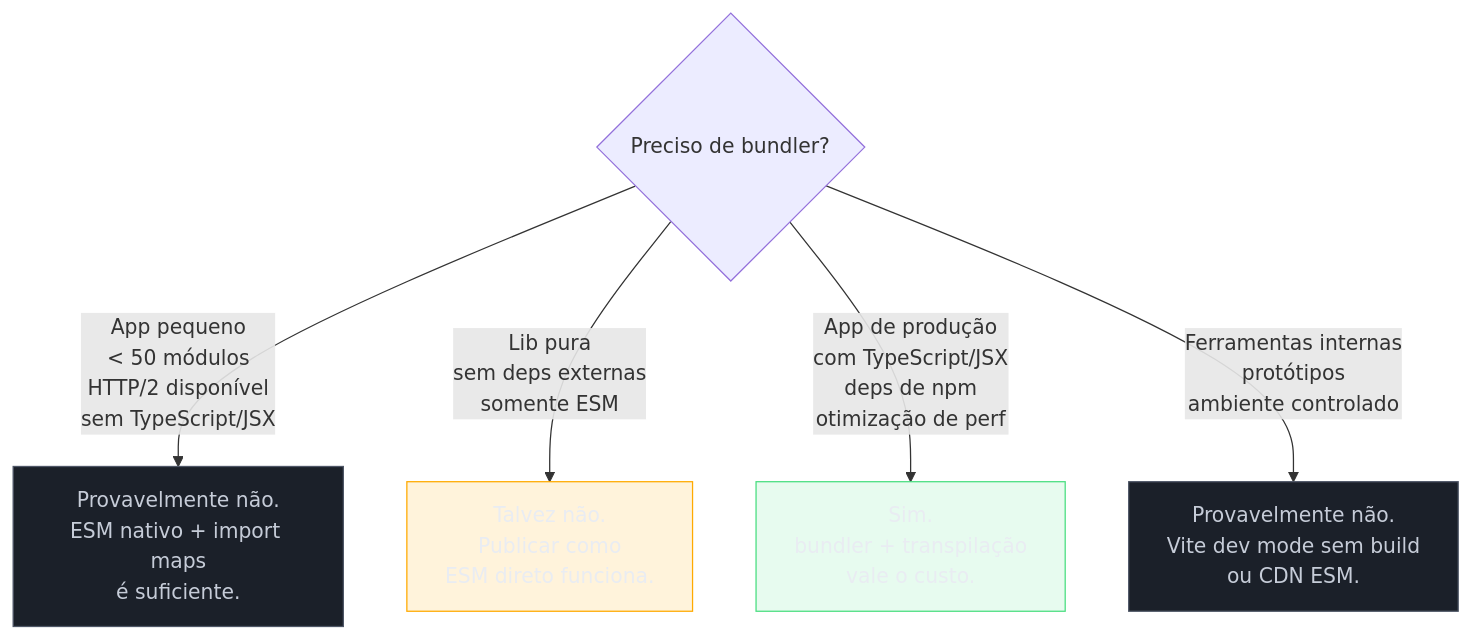
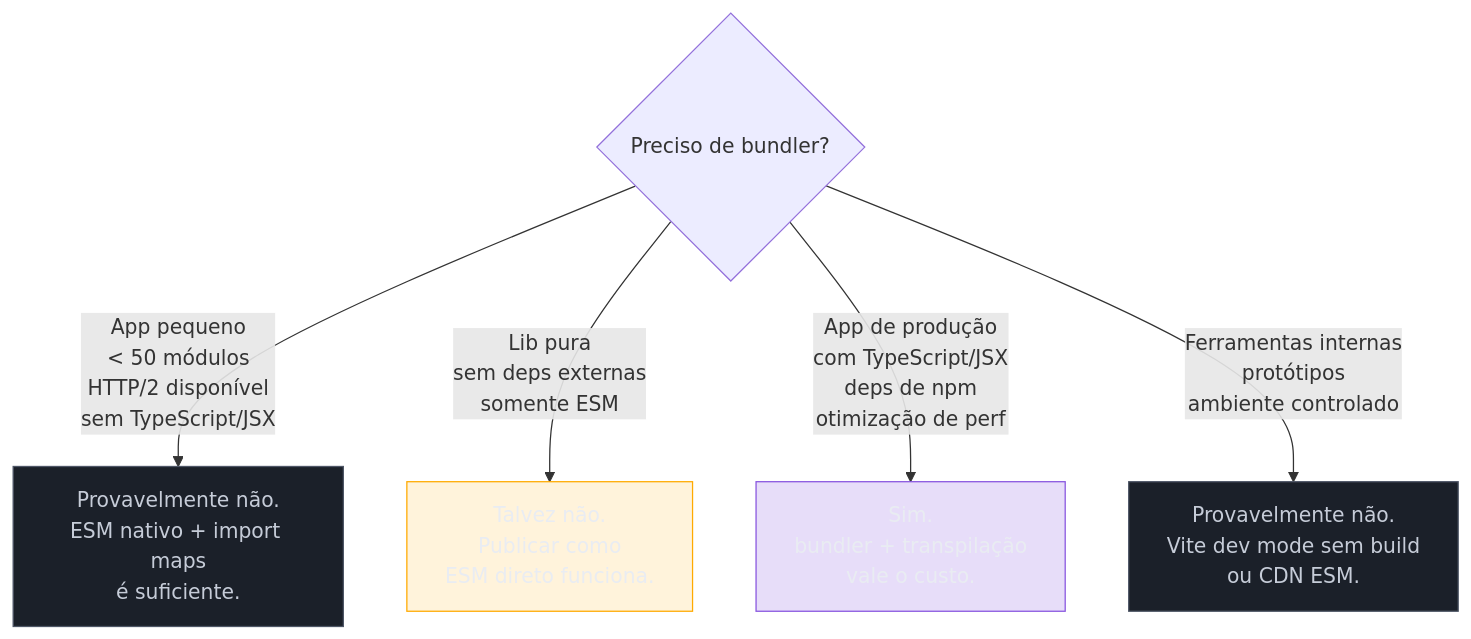
One commit to josenaldo/codex-technomanticus changed the ninth of 10 diagrams in 03-Dominios/Tecnologia/Tooling e Build/07 - O grafo de módulos e o que é bundling.md. Above: the diagram before and after it, drawn with Mermaid. The commit also changed other lines of this file and 601 other files, not shown here.

````diff
--- a/03-Dominios/Tecnologia/Tooling e Build/07 - O grafo de módulos e o que é bundling.md
+++ b/03-Dominios/Tecnologia/Tooling e Build/07 - O grafo de módulos e o que é bundling.md
@@ -719,20 +720,20 @@
 ```mermaid
 flowchart TD
-    classDef ok fill:#4ADE8021,stroke:#4ADE80,color:#E9ECF2
+    classDef marca fill:#8855DF33,stroke:#8855DF,color:#E9ECF2
     classDef neutro fill:#1B2029,stroke:#4E5666,color:#C6CCD8
     classDef destaque fill:#FFAA0024,stroke:#FFAA00,color:#E9ECF2
     START{Preciso de bundler?}
 
     START -->|"App pequeno\n< 50 módulos\nHTTP/2 disponível\nsem TypeScript/JSX"| NO["Provavelmente não.\nESM nativo + import maps\né suficiente."]
 
     START -->|"Lib pura\nsem deps externas\nsomente ESM"| MAYBE["Talvez não.\nPublicar como\nESM direto funciona."]
 
     START -->|"App de produção\ncom TypeScript/JSX\ndeps de npm\notimização de perf"| YES["Sim.\nbundler + transpilação\nvale o custo."]
 
     START -->|"Ferramentas internas\nprotótipos\nambiente controlado"| ALSO_NO["Provavelmente não.\nVite dev mode sem build\nou CDN ESM."]
 
-    class YES ok
+    class YES marca
     class NO neutro
     class MAYBE destaque
     class ALSO_NO neutro
 ```
````
